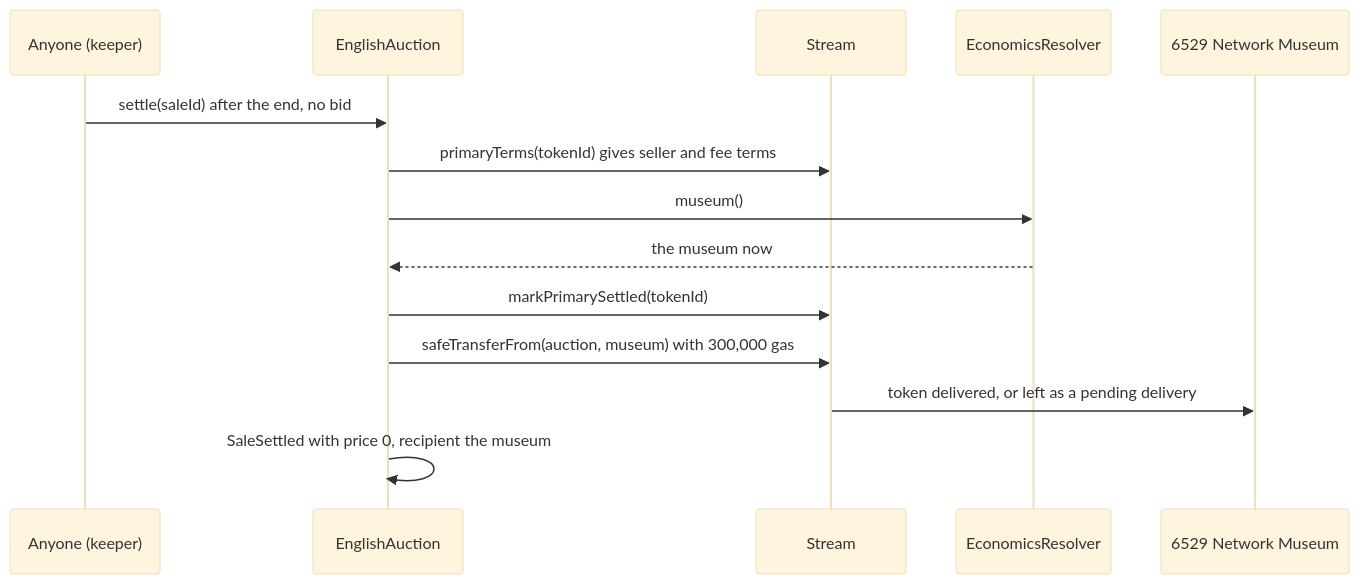
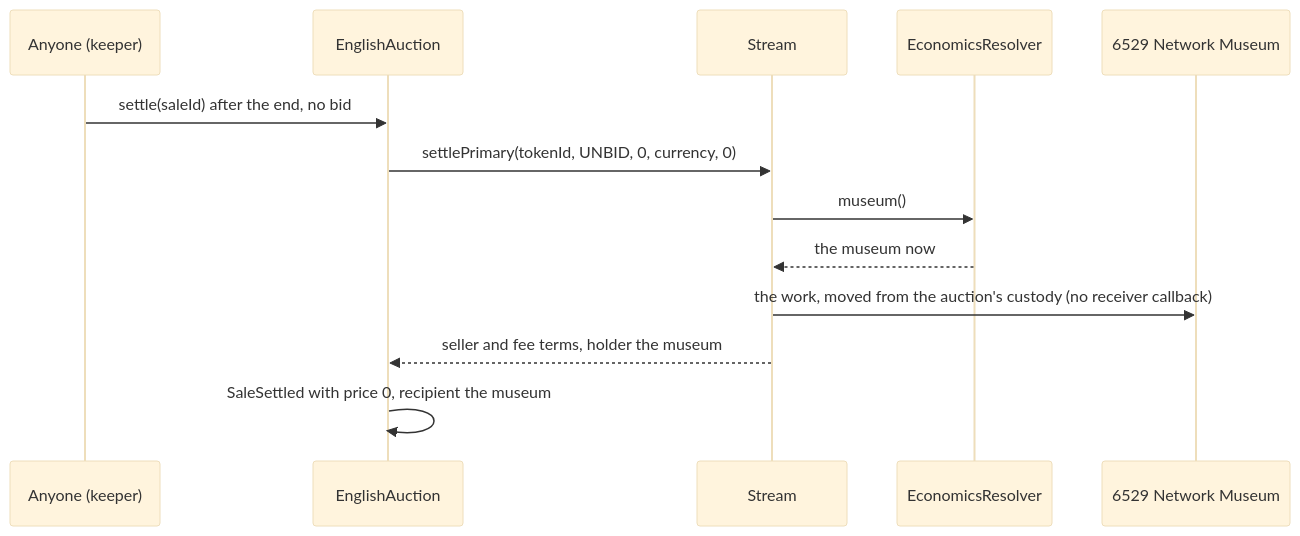
One commit to 6529-Collections/6529-works changed the seventh of 11 diagrams in docs/spec/stream-and-auctions.md. Above: the diagram before and after it, drawn with Mermaid (base theme). The commit also changed other lines of this file and 48 other files, not shown here.

First line of the commit message:
rc.2 L3: Stream records each 1/1's primary-sale outcome and takes unsold works to the museum (owner decision 17) (#82)

````diff
--- a/docs/spec/stream-and-auctions.md
+++ b/docs/spec/stream-and-auctions.md
@@ -418,16 +422,15 @@
 ```mermaid
 sequenceDiagram
     participant Keeper as Anyone (keeper)
     participant Auction as EnglishAuction
     participant Stream as Stream
     participant Resolver as EconomicsResolver
     participant Museum as 6529 Network Museum
     Keeper->>Auction: settle(saleId) after the end, no bid
-    Auction->>Stream: primaryTerms(tokenId) gives seller and fee terms
-    Auction->>Resolver: museum()
-    Resolver-->>Auction: the museum now
-    Auction->>Stream: markPrimarySettled(tokenId)
-    Auction->>Stream: safeTransferFrom(auction, museum) with 300,000 gas
-    Stream->>Museum: token delivered, or left as a pending delivery
+    Auction->>Stream: settlePrimary(tokenId, UNBID, 0, currency, 0)
+    Stream->>Resolver: museum()
+    Resolver-->>Stream: the museum now
+    Stream->>Museum: the work, moved from the auction's custody (no receiver callback)
+    Stream-->>Auction: seller and fee terms, holder the museum
     Auction->>Auction: SaleSettled with price 0, recipient the museum
 ```
````
